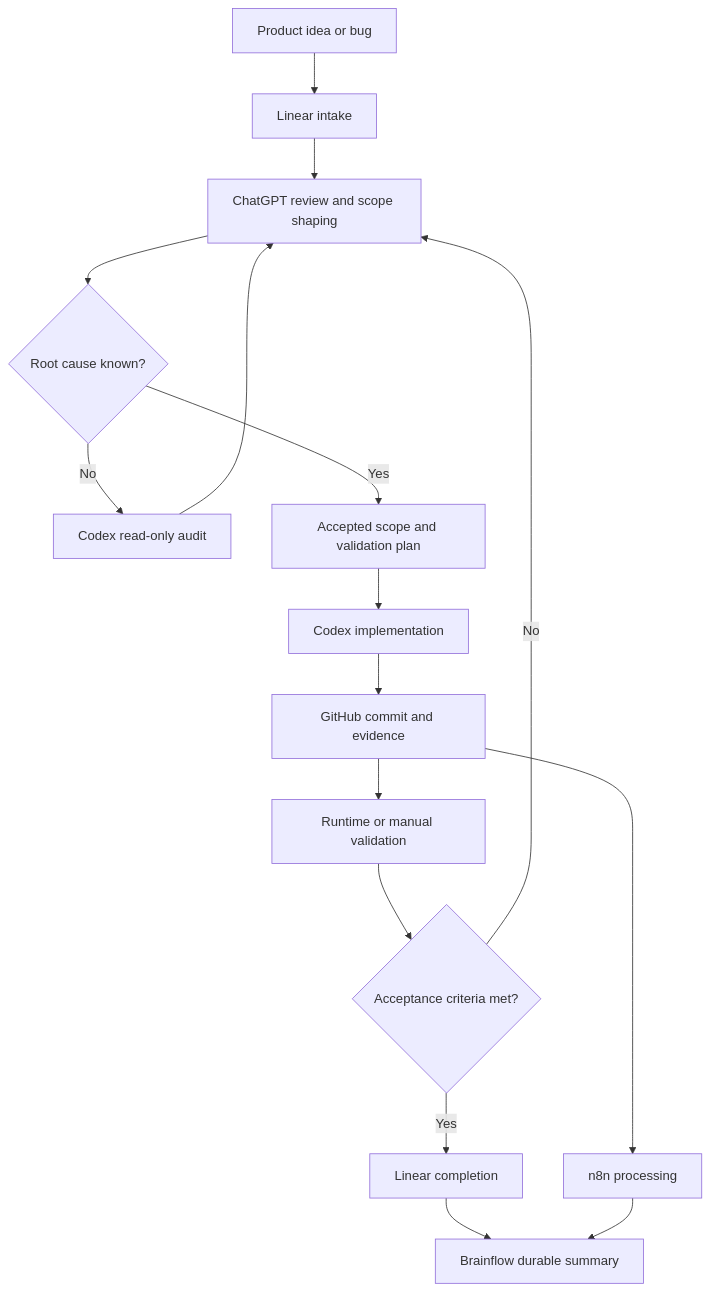
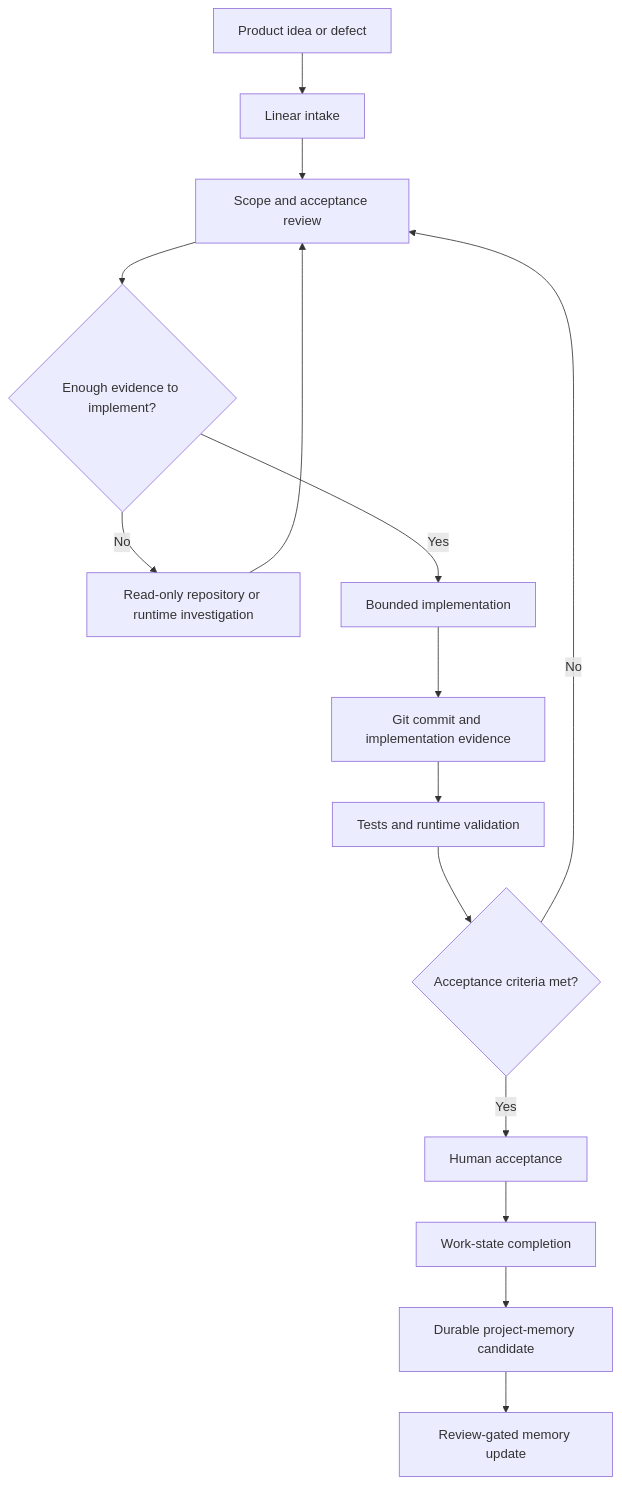
Before and after one commit to Charles-drZ/glassbox-development-workflow: the diagram in README.md, drawn with Mermaid. The commit also changed other lines of this file, not shown here.

First line of the commit message:
docs: refresh evidence-driven workflow case study

````diff
--- a/README.md
+++ b/README.md
@@ -28,18 +40,17 @@
 ```mermaid
 flowchart TD
-    A[Product idea or bug] --> B[Linear intake]
-    B --> C[ChatGPT review and scope shaping]
-    C --> D{Root cause known?}
-    D -- No --> E[Codex read-only audit]
+    A[Product idea or defect] --> B[Linear intake]
+    B --> C[Scope and acceptance review]
+    C --> D{Enough evidence to implement?}
+    D -- No --> E[Read-only repository or runtime investigation]
     E --> C
-    D -- Yes --> F[Accepted scope and validation plan]
-    F --> G[Codex implementation]
-    G --> H[GitHub commit and evidence]
-    H --> I[Runtime or manual validation]
-    I --> J{Acceptance criteria met?}
-    J -- No --> C
-    J -- Yes --> K[Linear completion]
-    K --> L[Brainflow durable summary]
-    H --> M[n8n processing]
-    M --> L
+    D -- Yes --> F[Bounded implementation]
+    F --> G[Git commit and implementation evidence]
+    G --> H[Tests and runtime validation]
+    H --> I{Acceptance criteria met?}
+    I -- No --> C
+    I -- Yes --> J[Human acceptance]
+    J --> K[Work-state completion]
+    K --> L[Durable project-memory candidate]
+    L --> M[Review-gated memory update]
 ```
````
